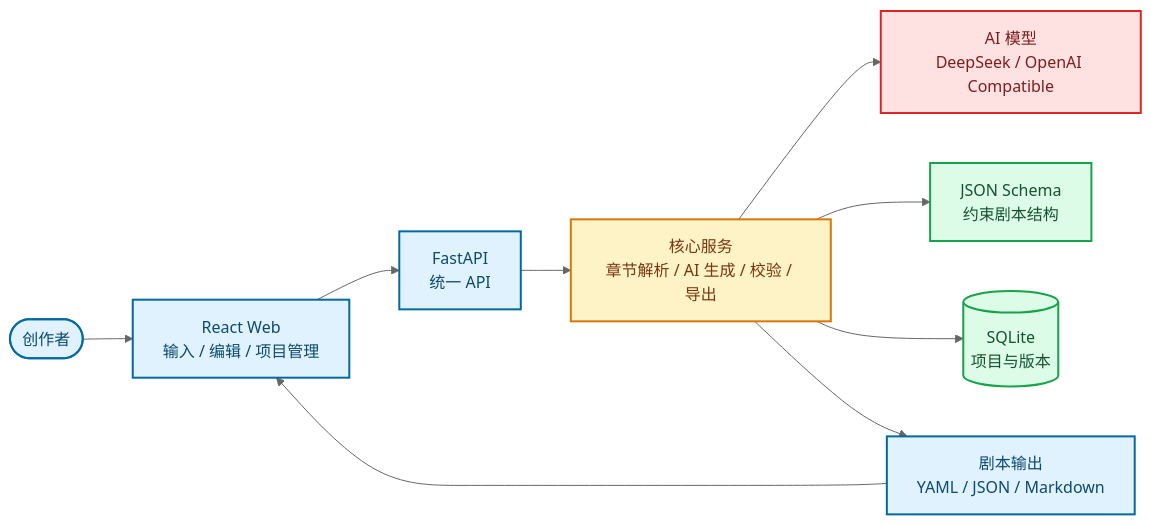
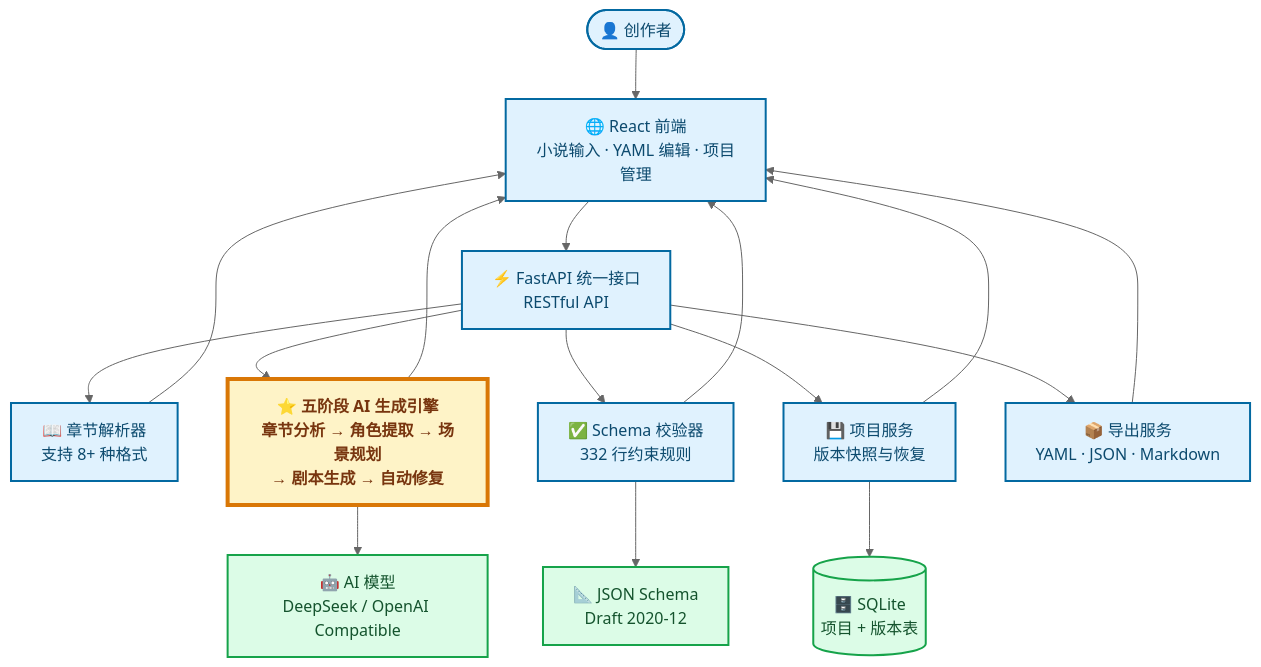
One commit to wswhhhc/novel2script changed the second of 2 diagrams in README.md. Above: the diagram before and after it, drawn with Mermaid (neutral theme). The commit also changed other lines of this file and 1 other file, not shown here.

First line of the commit message:
docs: improve architecture diagrams in README

````diff
--- a/README.md
+++ b/README.md
@@ -135,23 +161,31 @@
 ```mermaid
-flowchart LR
-    USER([创作者]) --> WEB["React Web<br/>输入 / 编辑 / 项目管理"]
-    WEB --> API["FastAPI<br/>统一 API"]
-
-    API --> SERVICES["核心服务<br/>章节解析 / AI 生成 / 校验 / 导出"]
-    SERVICES --> AI["AI 模型<br/>DeepSeek / OpenAI Compatible"]
-    SERVICES --> SCHEMA["JSON Schema<br/>约束剧本结构"]
-    SERVICES --> DB[(SQLite<br/>项目与版本)]
-
-    SERVICES --> OUTPUT["剧本输出<br/>YAML / JSON / Markdown"]
-    OUTPUT --> WEB
-
+flowchart TB
+    USER([👤 创作者]) --> WEB["🌐 React 前端<br/>小说输入 · YAML 编辑 · 项目管理"]
+    
+    WEB --> API["⚡ FastAPI 统一接口<br/>RESTful API"]
+    
+    API --> PARSER["📖 章节解析器<br/>支持 8+ 种格式"]
+    API --> GENERATOR["⭐ 五阶段 AI 生成引擎<br/>章节分析 → 角色提取 → 场景规划<br/>→ 剧本生成 → 自动修复"]
+    API --> VALIDATOR["✅ Schema 校验器<br/>332 行约束规则"]
+    API --> PROJECT["💾 项目服务<br/>版本快照与恢复"]
+    API --> EXPORT["📦 导出服务<br/>YAML · JSON · Markdown"]
+    
+    GENERATOR --> AI["🤖 AI 模型<br/>DeepSeek / OpenAI Compatible"]
+    VALIDATOR --> SCHEMA["📐 JSON Schema<br/>Draft 2020-12"]
+    PROJECT --> DB[("🗄️ SQLite<br/>项目 + 版本表")]
+    
+    PARSER --> WEB
+    GENERATOR --> WEB
+    VALIDATOR --> WEB
+    PROJECT --> WEB
+    EXPORT --> WEB
+    
+    classDef highlight fill:#fef3c7,stroke:#d97706,stroke-width:4px,color:#78350f,font-weight:bold
     classDef main fill:#e0f2fe,stroke:#0369a1,stroke-width:2px,color:#0c4a6e
-    classDef service fill:#fef3c7,stroke:#d97706,stroke-width:2px,color:#78350f
     classDef data fill:#dcfce7,stroke:#16a34a,stroke-width:2px,color:#14532d
     classDef external fill:#fee2e2,stroke:#dc2626,stroke-width:2px,color:#7f1d1d
-
-    class USER,WEB,API,OUTPUT main
-    class SERVICES service
-    class SCHEMA,DB data
-    class AI external
+    
+    class GENERATOR highlight
+    class USER,WEB,API,PARSER,VALIDATOR,PROJECT,EXPORT main
+    class AI,SCHEMA,DB data
 ```
````
